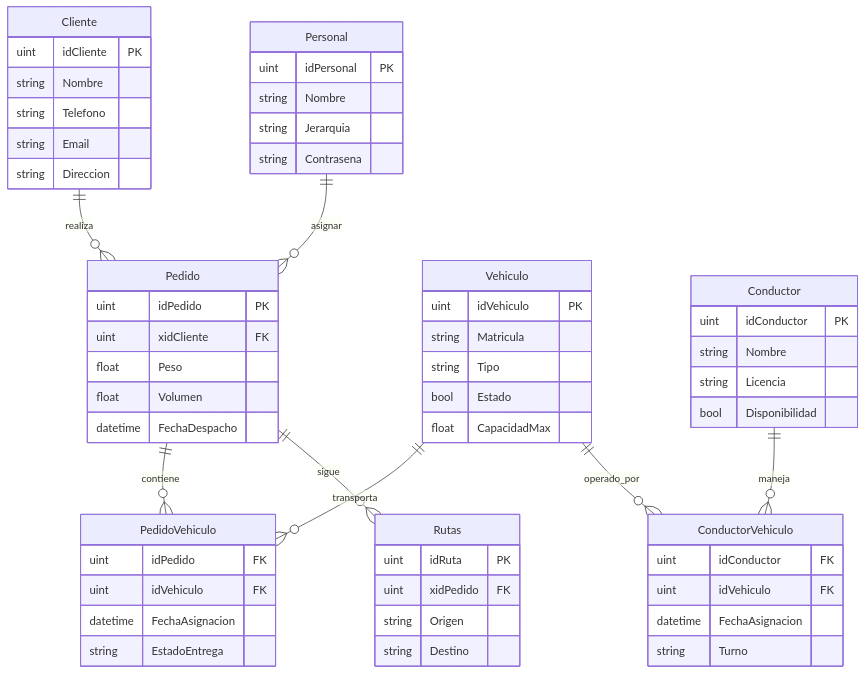
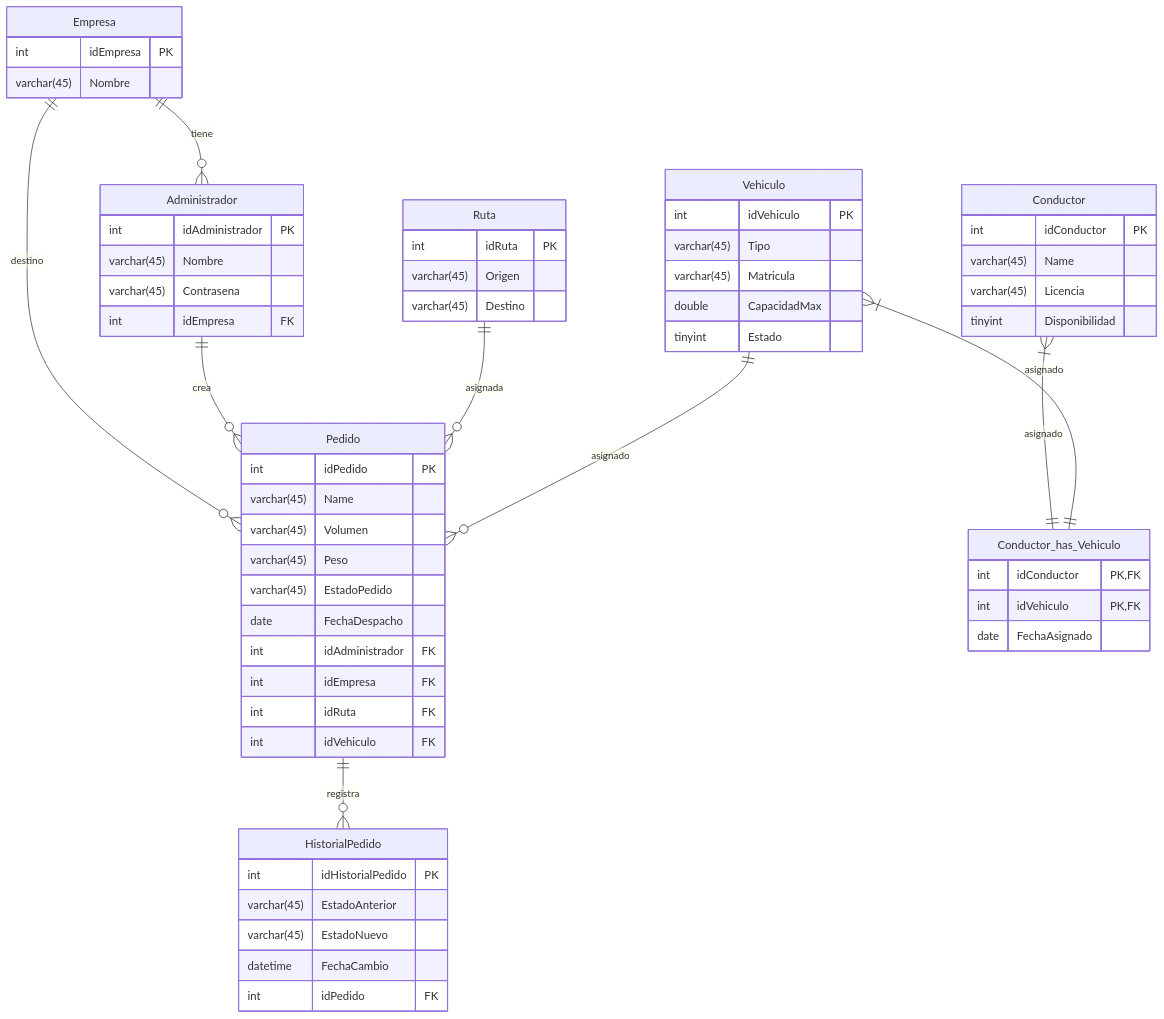
Before and after one commit to SirFrancis2007/Aurora: the diagram in Document/DataBaseDiagram.md, drawn with Mermaid. The commit also changed 19 other files, not shown here.

````diff
--- a/Document/DataBaseDiagram.md
+++ b/Document/DataBaseDiagram.md
@@ -3,71 +3,64 @@
 ```mermaid
 erDiagram
+    Empresa ||--o{ Administrador : "tiene"
+    Empresa ||--o{ Pedido : "destino"
+    Administrador ||--o{ Pedido : "crea"
+    Ruta ||--o{ Pedido : "asignada"
+    Vehiculo ||--o{ Pedido : "asignado"
+    Pedido ||--o{ HistorialPedido : "registra"
+    Conductor }|--|| Conductor_has_Vehiculo : "asignado"
+    Vehiculo }|--|| Conductor_has_Vehiculo : "asignado"
 
+    Empresa {
+        int idEmpresa PK
+        varchar(45) Nombre
+    }
+    Administrador {
+        int idAdministrador PK
+        varchar(45) Nombre
+        varchar(45) Contrasena
+        int idEmpresa FK
+    }
+    Ruta {
+        int idRuta PK
+        varchar(45) Origen
+        varchar(45) Destino
+    }
+    Vehiculo {
+        int idVehiculo PK
+        varchar(45) Tipo
+        varchar(45) Matricula
+        double CapacidadMax
+        tinyint Estado
+    }
     Pedido {
-        uint      idPedido        PK
-        uint      xidCliente      FK
-        float     Peso
-        float     Volumen
-        datetime  FechaDespacho
+        int idPedido PK
+        varchar(45) Name
+        varchar(45) Volumen
+        varchar(45) Peso
+        varchar(45) EstadoPedido
+        date FechaDespacho
+        int idAdministrador FK
+        int idEmpresa FK
+        int idRuta FK
+        int idVehiculo FK
     }
-
-    Cliente {
-        uint     idCliente     PK
-        string   Nombre
-        string   Telefono
-        string   Email
-        string   Direccion
+    Conductor {
+        int idConductor PK
+        varchar(45) Name
+        varchar(45) Licencia
+        tinyint Disponibilidad
     }
-
-    Vehiculo {
-        uint     idVehiculo     PK
-        string   Matricula
-        string   Tipo
-        bool     Estado
-        float    CapacidadMax
+    Conductor_has_Vehiculo {
+        int idConductor PK,FK
+        int idVehiculo PK,FK
+        date FechaAsignado
     }
-
-    Conductor {
-        uint     idConductor    PK
-        string   Nombre
-        string   Licencia
-        bool     Disponibilidad
+    HistorialPedido {
+        int idHistorialPedido PK
+        varchar(45) EstadoAnterior
+        varchar(45) EstadoNuevo
+        datetime FechaCambio
+        int idPedido FK
     }
-
-    PedidoVehiculo {
-        uint     idPedido       FK
-        uint     idVehiculo     FK
-        datetime FechaAsignacion
-        string   EstadoEntrega
-    }
-
-    ConductorVehiculo {
-        uint     idConductor    FK
-        uint     idVehiculo     FK
-        datetime FechaAsignacion
-        string   Turno
-    }
-
-    Rutas {
-        uint     idRuta         PK
-        uint     xidPedido      FK
-        string   Origen
-        string   Destino
-    }
-
-    Personal {
-        uint     idPersonal     PK
-        string   Nombre
-        string   Jerarquia
-        string   Contrasena
-    }
-
-    %% Relaciones
-    Cliente ||--o{ Pedido : realiza
-    Pedido ||--o{ PedidoVehiculo : contiene
-    Vehiculo ||--o{ PedidoVehiculo : transporta
-    Conductor ||--o{ ConductorVehiculo : maneja
-    Vehiculo ||--o{ ConductorVehiculo : operado_por
-    Pedido ||--o{ Rutas : sigue
-    Personal ||--o{ Pedido : asignar
 ```
````
